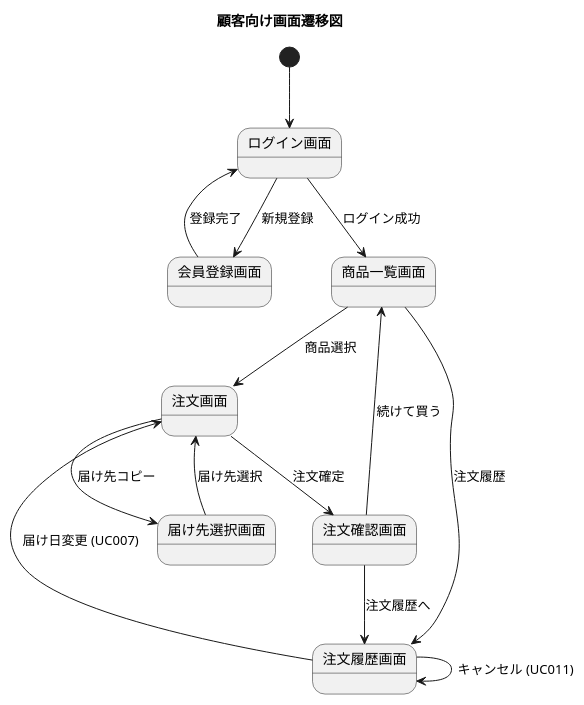
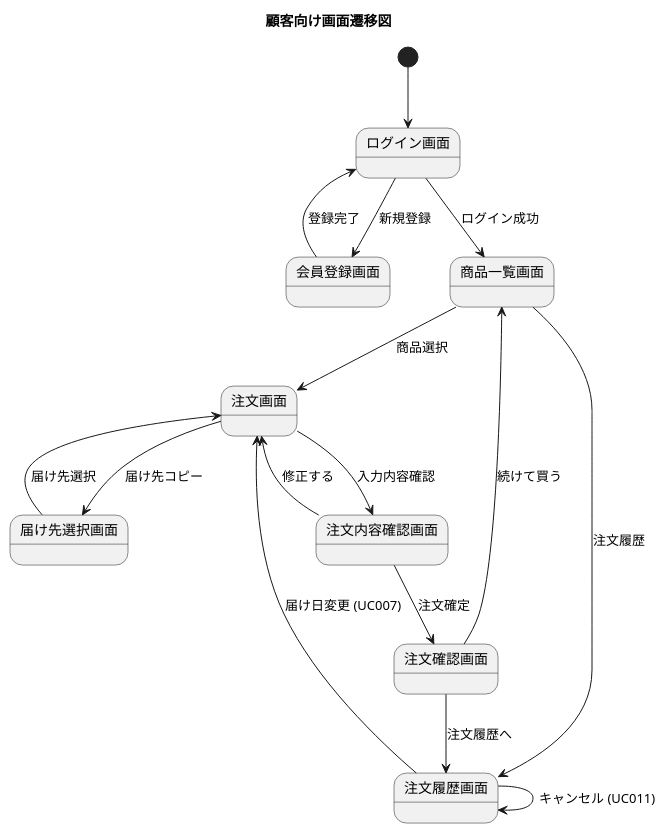
One commit to k2works/case-study-bouquet changed the first of 17 diagrams in docs/design/ui_design.md. Above: the diagram before and after it, drawn with PlantUML. The commit also changed other lines of this file and 3 other files, not shown here.

````diff
--- a/docs/design/ui_design.md
+++ b/docs/design/ui_design.md
@@ -30,23 +31,25 @@
 ```plantuml
 @startuml
 title 顧客向け画面遷移図
 
 [*] --> ログイン画面
 
 ログイン画面 --> 会員登録画面 : 新規登録
 ログイン画面 --> 商品一覧画面 : ログイン成功
 会員登録画面 --> ログイン画面 : 登録完了
 
 商品一覧画面 --> 注文画面 : 商品選択
 注文画面 --> 届け先選択画面 : 届け先コピー
 届け先選択画面 --> 注文画面 : 届け先選択
-注文画面 --> 注文確認画面 : 注文確定
+注文画面 --> 注文内容確認画面 : 入力内容確認
+注文内容確認画面 --> 注文画面 : 修正する
+注文内容確認画面 --> 注文確認画面 : 注文確定
 注文確認画面 --> 商品一覧画面 : 続けて買う
 注文確認画面 --> 注文履歴画面 : 注文履歴へ
 
 商品一覧画面 --> 注文履歴画面 : 注文履歴
 注文履歴画面 --> 注文画面 : 届け日変更 (UC007)
 注文履歴画面 --> 注文履歴画面 : キャンセル (UC011)
 
 @enduml
 ```
````
